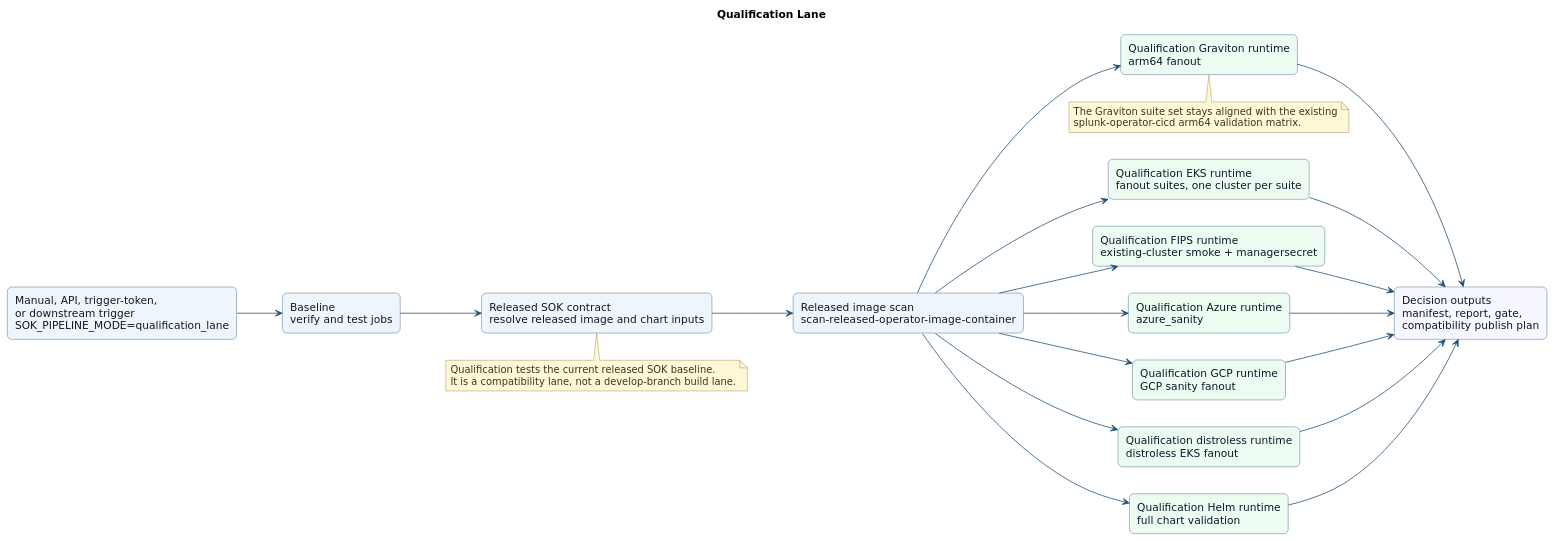
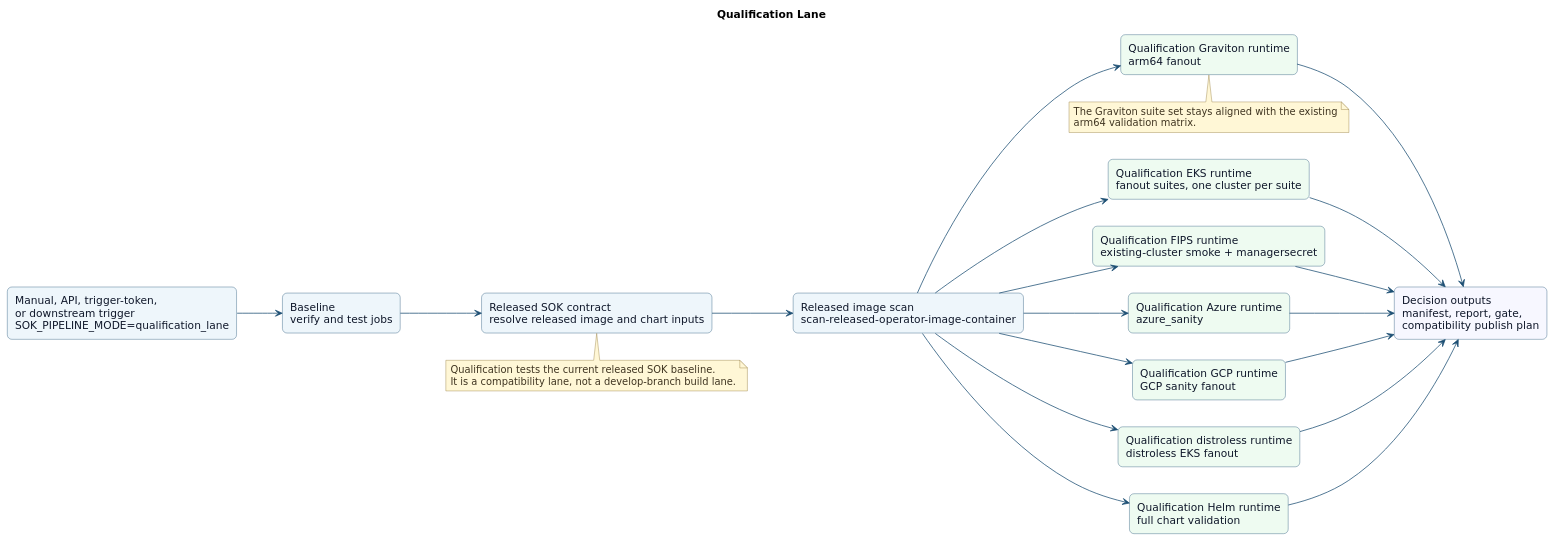
One commit to splunk/splunk-operator changed the diagram in gitlab-ci/diagrams/qualification-lane-target.puml. Above: the diagram before and after it, drawn with PlantUML. The commit also changed 6 other files, not shown here.

Commit message:
CSPL-4812: Remove references to splunk-operator-cicd

```diff
--- a/gitlab-ci/diagrams/qualification-lane-target.puml
+++ b/gitlab-ci/diagrams/qualification-lane-target.puml
@@ -1,60 +1,60 @@
 @startuml
 title Qualification Lane
 left to right direction
 skinparam Shadowing false
 skinparam DefaultFontName DejaVu Sans
 skinparam BackgroundColor white
 skinparam ArrowColor #1d4f73
 skinparam Rectangle {
   BorderColor #1d4f73
   BackgroundColor #eef6fb
   FontColor #0f172a
   RoundCorner 12
 }
 skinparam Note {
   BorderColor #8b6f2f
   BackgroundColor #fff7d6
   FontColor #3f3420
 }
 
 rectangle "Manual, API, trigger-token,\nor downstream trigger\nSOK_PIPELINE_MODE=qualification_lane" as trigger
 rectangle "Baseline\nverify and test jobs" as baseline
 rectangle "Released SOK contract\nresolve released image and chart inputs" as contract
 rectangle "Released image scan\nscan-released-operator-image-container" as scan
 rectangle "Qualification EKS runtime\nfanout suites, one cluster per suite" as runtime_eks #eefbf1
 rectangle "Qualification FIPS runtime\nexisting-cluster smoke + managersecret" as runtime_fips #eefbf1
 rectangle "Qualification Azure runtime\nazure_sanity" as runtime_azure #eefbf1
 rectangle "Qualification GCP runtime\nGCP sanity fanout" as runtime_gcp #eefbf1
 rectangle "Qualification distroless runtime\ndistroless EKS fanout" as runtime_distroless #eefbf1
 rectangle "Qualification Graviton runtime\narm64 fanout" as runtime_graviton #eefbf1
 rectangle "Qualification Helm runtime\nfull chart validation" as runtime_helm #eefbf1
 rectangle "Decision outputs\nmanifest, report, gate,\ncompatibility publish plan" as report #f7f7ff
 
 trigger --> baseline
 baseline --> contract
 contract --> scan
 scan --> runtime_eks
 scan --> runtime_fips
 scan --> runtime_azure
 scan --> runtime_gcp
 scan --> runtime_distroless
 scan --> runtime_graviton
 scan --> runtime_helm
 runtime_eks --> report
 runtime_fips --> report
 runtime_azure --> report
 runtime_gcp --> report
 runtime_distroless --> report
 runtime_graviton --> report
 runtime_helm --> report
 
 note bottom of contract
 Qualification tests the current released SOK baseline.
 It is a compatibility lane, not a develop-branch build lane.
 end note
 
 note bottom of runtime_graviton
 The Graviton suite set stays aligned with the existing
-splunk-operator-cicd arm64 validation matrix.
+arm64 validation matrix.
 end note
 @enduml
```
